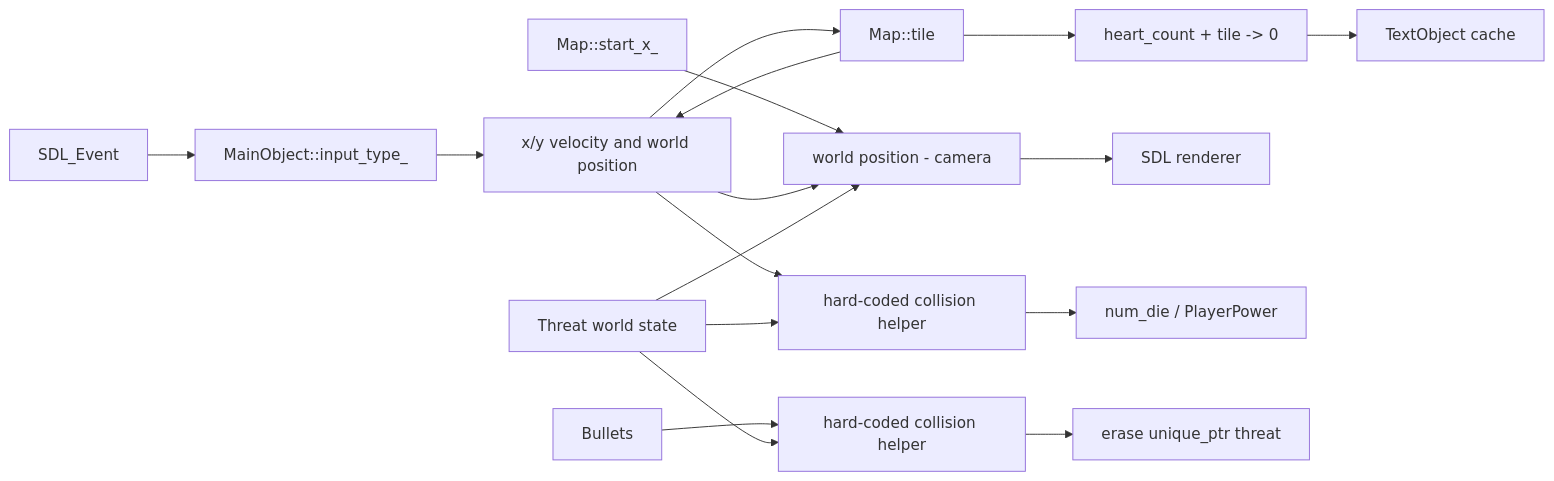
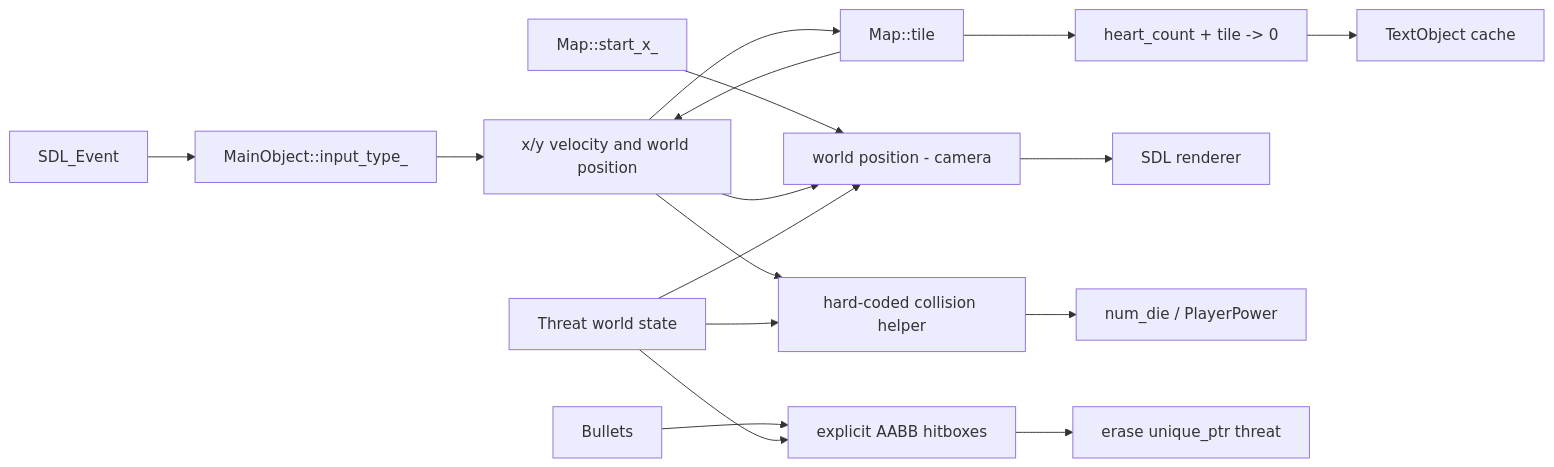
The diagram in docs/project/08-data-and-state-flow.md (nguyentrungnghia1802/N_T_Nghia_GAME_2D), drawn with Mermaid before and after one commit. The commit also changed other lines of this file and 13 other files, not shown here.

````diff
--- a/docs/project/08-data-and-state-flow.md
+++ b/docs/project/08-data-and-state-flow.md
@@ -5,19 +5,19 @@
 ```mermaid
 flowchart LR
     SDL["SDL_Event"] --> Input["MainObject::input_type_"]
     Input --> PlayerSim["x/y velocity and world position"]
     PlayerSim --> MapCollision["Map::tile"]
     MapCollision --> PlayerSim
     MapCollision --> Hearts["heart_count + tile -> 0"]
     Camera["Map::start_x_"] --> ScreenPos["world position - camera"]
     PlayerSim --> ScreenPos
     ThreatSim["Threat world state"] --> ScreenPos
     ScreenPos --> Render["SDL renderer"]
     PlayerSim --> PlayerThreat["hard-coded collision helper"]
     ThreatSim --> PlayerThreat
-    Bullets --> BulletThreat["hard-coded collision helper"]
+    Bullets --> BulletThreat["explicit AABB hitboxes"]
     ThreatSim --> BulletThreat
     PlayerThreat --> Lives["num_die / PlayerPower"]
     BulletThreat --> ThreatList["erase unique_ptr threat"]
     Hearts --> Text["TextObject cache"]
 ```
````
